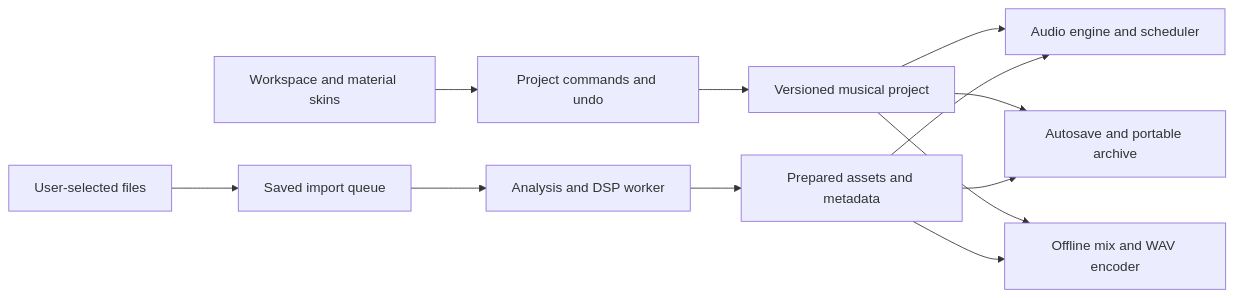
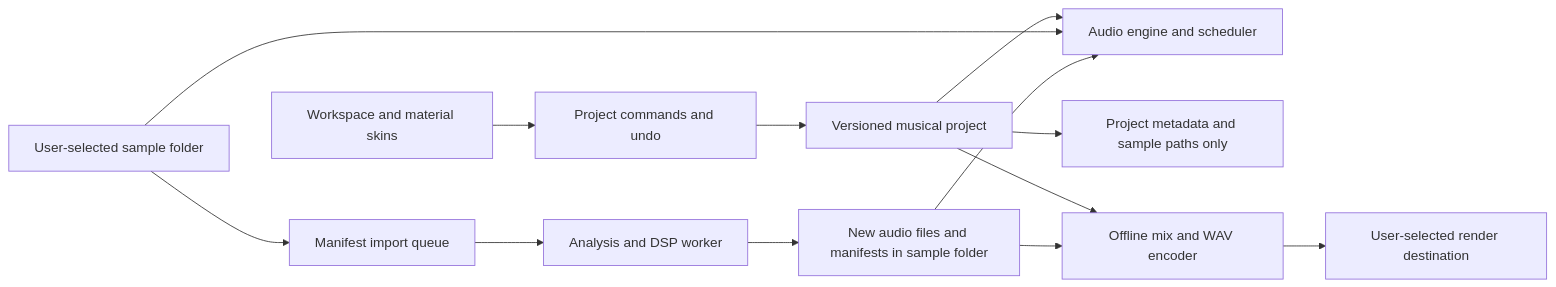
Before and after one commit to satyrlord/ravefold: the diagram in docs/plan.md, drawn with Mermaid. The commit also changed other lines of this file and 2 other files, not shown here.

First line of the commit message:
Enforce sample folder isolation and add missing-sample handling

````diff
--- a/docs/plan.md
+++ b/docs/plan.md
@@ -231,14 +242,15 @@
 ```mermaid
 flowchart LR
   UI[Workspace and material skins] --> Commands[Project commands and undo]
   Commands --> Project[Versioned musical project]
   Project --> Engine[Audio engine and scheduler]
-  Files[User-selected files] --> Queue[Saved import queue]
+  Folder[User-selected sample folder] --> Queue[Manifest import queue]
   Queue --> Worker[Analysis and DSP worker]
-  Worker --> Store[Prepared assets and metadata]
+  Worker --> Store[New audio files and manifests in sample folder]
+  Folder --> Engine
   Store --> Engine
-  Project --> Save[Autosave and portable archive]
-  Store --> Save
+  Project --> Save[Project metadata and sample paths only]
   Project --> Export[Offline mix and WAV encoder]
   Store --> Export
+  Export --> Destination[User-selected render destination]
 ```
````
